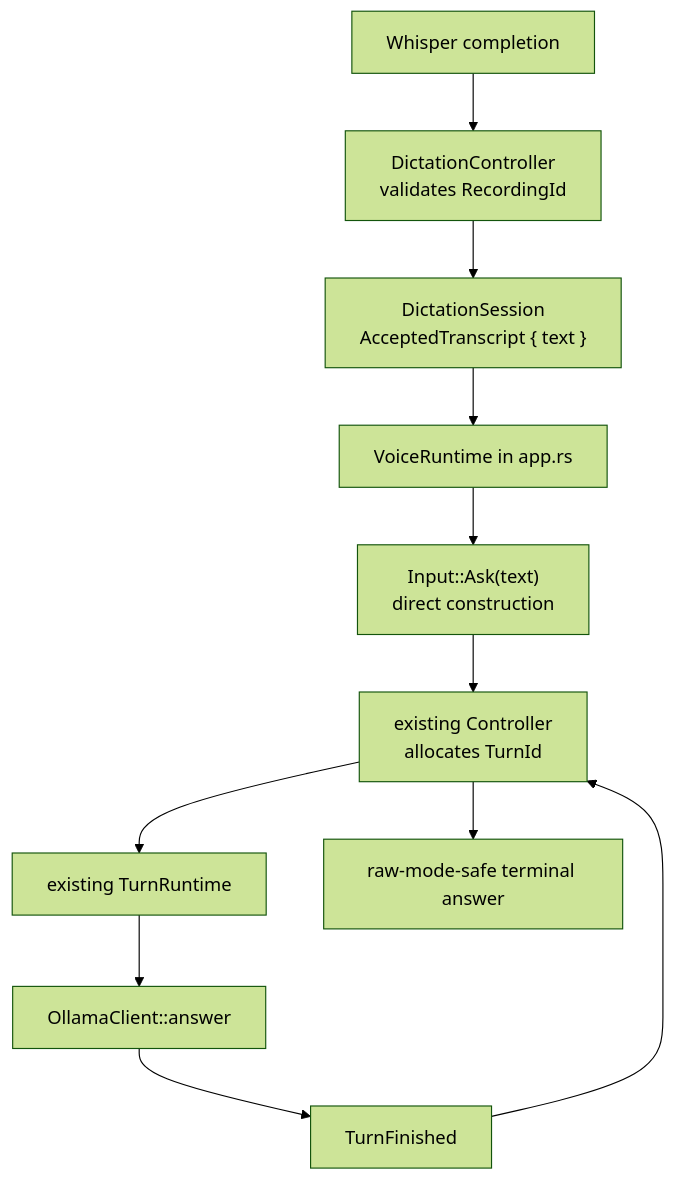
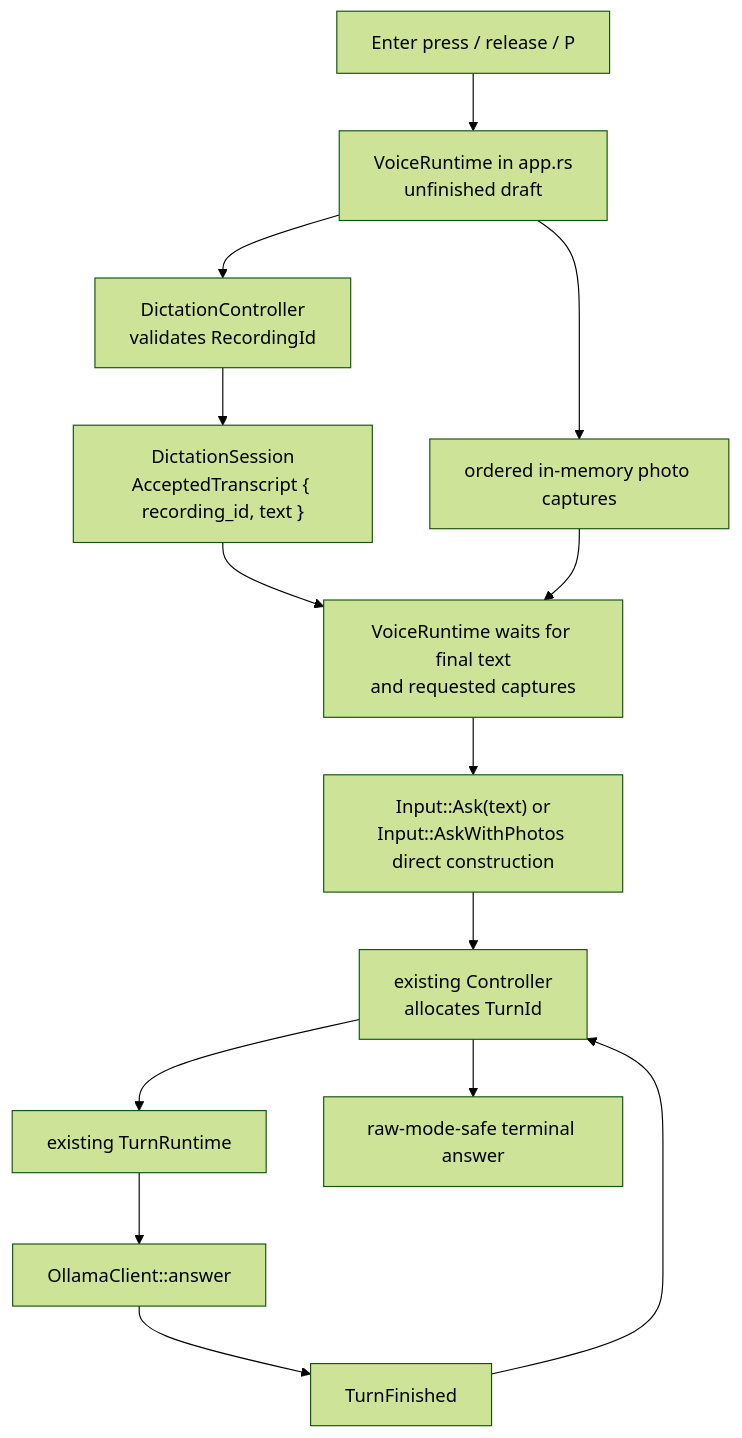
The fourth of 4 diagrams in README.md (samuelebstein/independence), drawn with Mermaid (forest theme) before and after one commit. The commit also changed other lines of this file and 10 other files, not shown here.

Commit message:
enter hold/release plus photo capture working

````diff
--- a/README.md
+++ b/README.md
@@ -596,13 +612,16 @@
 ```mermaid
 flowchart TD
-    A["Whisper completion"] --> B["DictationController\nvalidates RecordingId"]
-    B --> C["DictationSession\nAcceptedTranscript { text }"]
-    C --> D["VoiceRuntime in app.rs"]
-    D --> E["Input::Ask(text)\ndirect construction"]
-    E --> F["existing Controller\nallocates TurnId"]
-    F --> G["existing TurnRuntime"]
-    G --> H["OllamaClient::answer"]
-    H --> I["TurnFinished"]
-    I --> F
-    F --> J["raw-mode-safe terminal answer"]
+    A["Enter press / release / P"] --> D["VoiceRuntime in app.rs\nunfinished draft"]
+    D --> B["DictationController\nvalidates RecordingId"]
+    B --> C["DictationSession\nAcceptedTranscript { recording_id, text }"]
+    D --> P["ordered in-memory photo captures"]
+    C --> E["VoiceRuntime waits for final text\nand requested captures"]
+    P --> E
+    E --> F["Input::Ask(text) or\nInput::AskWithPhotos direct construction"]
+    F --> G["existing Controller\nallocates TurnId"]
+    G --> H["existing TurnRuntime"]
+    H --> I["OllamaClient::answer"]
+    I --> K["TurnFinished"]
+    K --> G
+    G --> J["raw-mode-safe terminal answer"]
 ```
````
